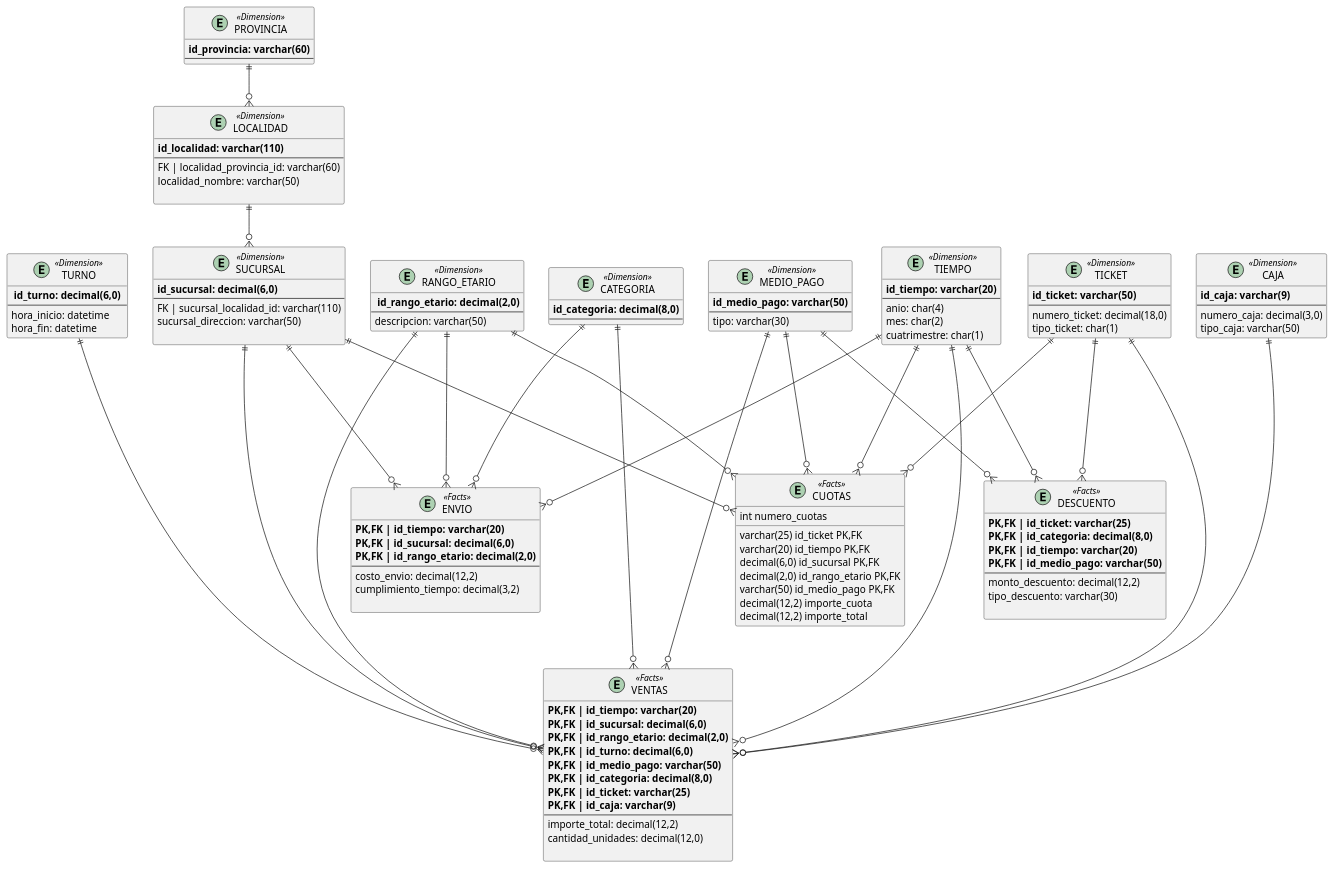
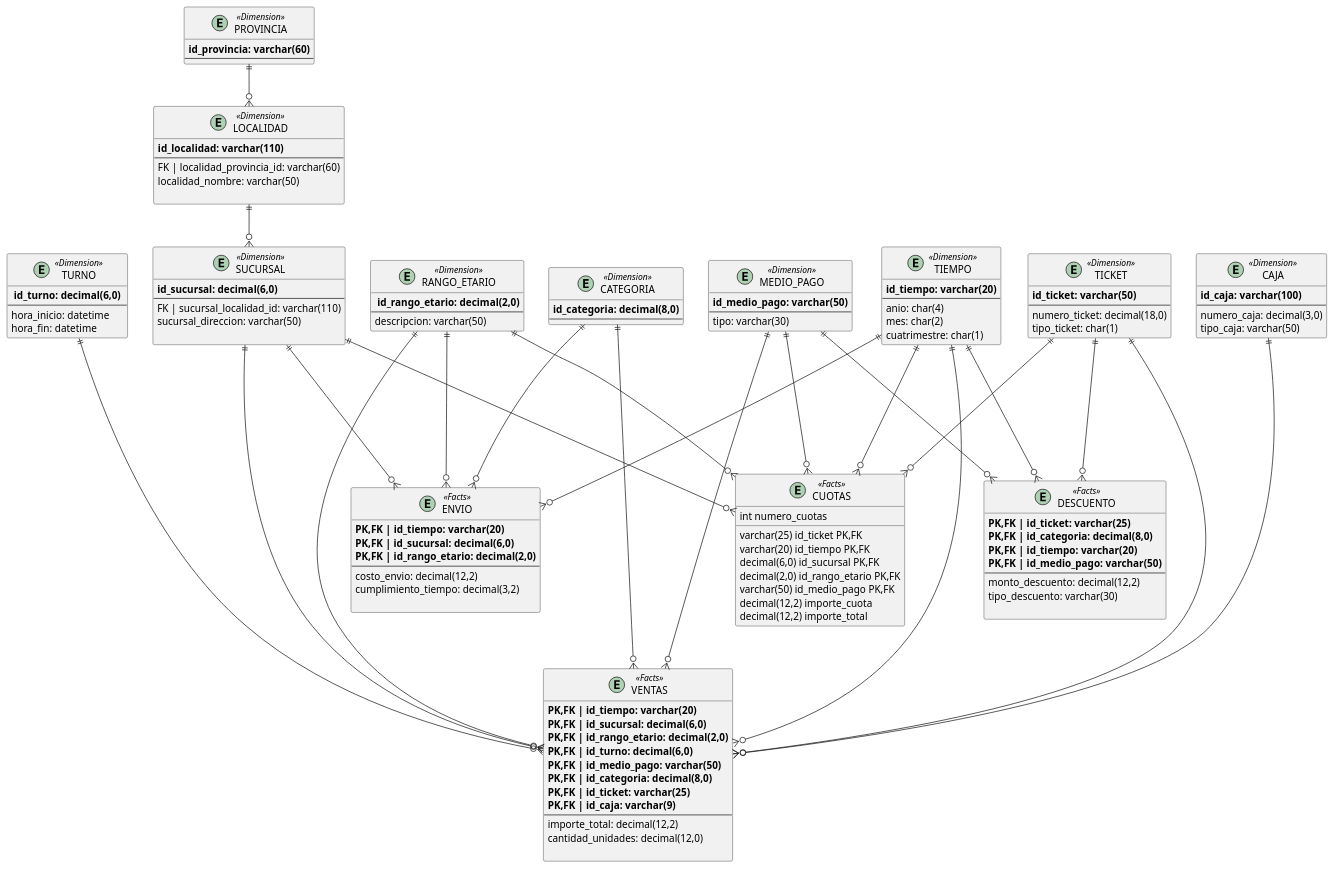
Before and after one commit to NicolasPin/GDD: the diagram in DERBI en java/src/DERBI.puml, drawn with PlantUML.

Commit message:
Update minimo DER BI
Cambia varchar(9) a varchar(100) en id_caja en entidad CAJA

```diff
--- a/DERBI en java/src/DERBI.puml
+++ b/DERBI en java/src/DERBI.puml
@@ -1,132 +1,132 @@
 @startuml
 entity TIEMPO <<Dimension>>{
         **id_tiempo: varchar(20)**
         --
         anio: char(4)
         mes: char(2)
         cuatrimestre: char(1)
     }
 entity PROVINCIA <<Dimension>>{
         **id_provincia: varchar(60)**
         --
     }
 entity LOCALIDAD <<Dimension>>{
         **id_localidad: varchar(110) **
         --
         FK | localidad_provincia_id: varchar(60)
         localidad_nombre: varchar(50)
 
     }
 entity SUCURSAL <<Dimension>>{
         **id_sucursal: decimal(6,0)**
         --
         FK | sucursal_localidad_id: varchar(110)
         sucursal_direccion: varchar(50)
 
     }
 entity RANGO_ETARIO <<Dimension>>{
         ** id_rango_etario: decimal(2,0)**
         --
         descripcion: varchar(50)
     }
 entity TURNO <<Dimension>>{
         ** id_turno: decimal(6,0) **
         --
         hora_inicio: datetime
         hora_fin: datetime
     }
 entity MEDIO_PAGO <<Dimension>> {
         **id_medio_pago: varchar(50)**
         --
         tipo: varchar(30)
     }
 
 entity CATEGORIA <<Dimension>> {
         **id_categoria: decimal(8,0)**
         --
     }
 
 entity TICKET <<Dimension>> {
         **id_ticket: varchar(50)**
         --
         numero_ticket: decimal(18,0)
         tipo_ticket: char(1)
     }
 entity CAJA <<Dimension>> {
-        **id_caja: varchar(9)**
+        **id_caja: varchar(100)**
         --
         numero_caja: decimal(3,0)
         tipo_caja: varchar(50)
 }
 entity VENTAS <<Facts>>{
         **PK,FK | id_tiempo: varchar(20)**
         **PK,FK | id_sucursal: decimal(6,0)**
         **PK,FK | id_rango_etario: decimal(2,0)**
         **PK,FK | id_turno: decimal(6,0)**
         **PK,FK | id_medio_pago: varchar(50)**
         **PK,FK | id_categoria: decimal(8,0)**
         **PK,FK | id_ticket: varchar(25)**
         **PK,FK | id_caja: varchar(9)**
         --
         importe_total: decimal(12,2)
         cantidad_unidades: decimal(12,0)
 
     }
 entity DESCUENTO <<Facts>>{
         **PK,FK | id_ticket: varchar(25)**
         **PK,FK | id_categoria: decimal(8,0)**
         **PK,FK | id_tiempo: varchar(20)**
         **PK,FK | id_medio_pago: varchar(50)**
         --
         monto_descuento: decimal(12,2)
         tipo_descuento: varchar(30)
 
     }
 entity ENVIO <<Facts>>{
         **PK,FK | id_tiempo: varchar(20)**
         **PK,FK | id_sucursal: decimal(6,0)**
         **PK,FK | id_rango_etario: decimal(2,0)**
         --
         costo_envio: decimal(12,2)
         cumplimiento_tiempo: decimal(3,2)
 
     }
 entity CUOTAS <<Facts>>{
         varchar(25) id_ticket PK,FK
         varchar(20) id_tiempo PK,FK
         decimal(6,0) id_sucursal PK,FK
         decimal(2,0) id_rango_etario PK,FK
         varchar(50) id_medio_pago PK,FK
         int numero_cuotas
         decimal(12,2) importe_cuota
         decimal(12,2) importe_total
     }
 
 RANGO_ETARIO ||----o{ VENTAS
 TIEMPO ||-----o{ VENTAS
 SUCURSAL ||-----o{ VENTAS
 TURNO ||-----o{ VENTAS
 MEDIO_PAGO ||-----o{ VENTAS
 CATEGORIA ||-----o{ VENTAS
 TICKET ||----o{ VENTAS
 CAJA ||-----o{ VENTAS
 
 CATEGORIA ||---o{ ENVIO
 TIEMPO ||----o{ ENVIO
 SUCURSAL ||---o{ ENVIO
 RANGO_ETARIO ||----o{ ENVIO
 
 PROVINCIA ||--o{ LOCALIDAD
 LOCALIDAD ||--o{ SUCURSAL
 
 TIEMPO ||----o{ DESCUENTO
 TICKET ||----o{ DESCUENTO
 MEDIO_PAGO ||----o{ DESCUENTO
 
 TICKET ||----o{ CUOTAS
 TIEMPO ||----o{ CUOTAS
 SUCURSAL ||----o{ CUOTAS
 RANGO_ETARIO ||----o{ CUOTAS
 MEDIO_PAGO||----o{ CUOTAS
 
 @enduml
```
